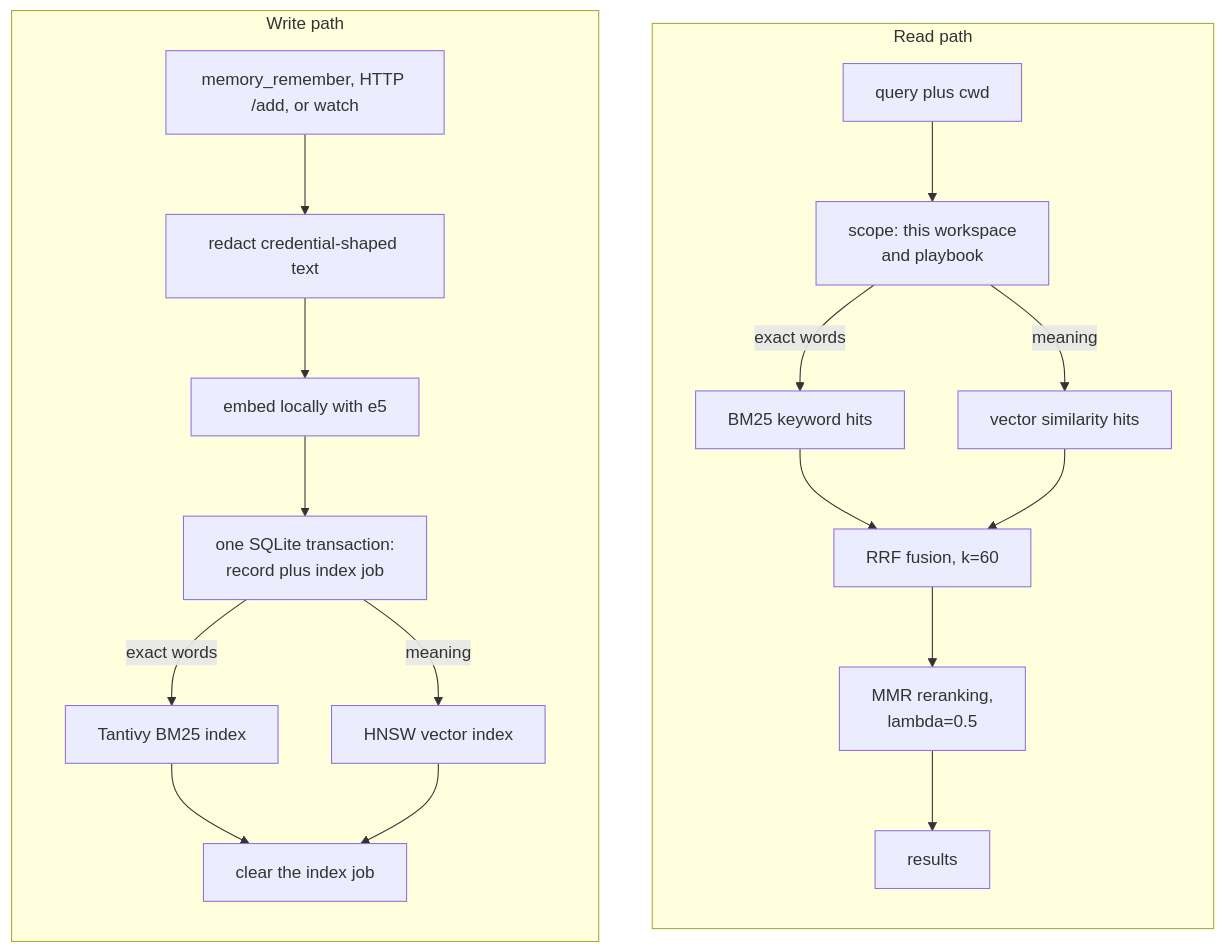
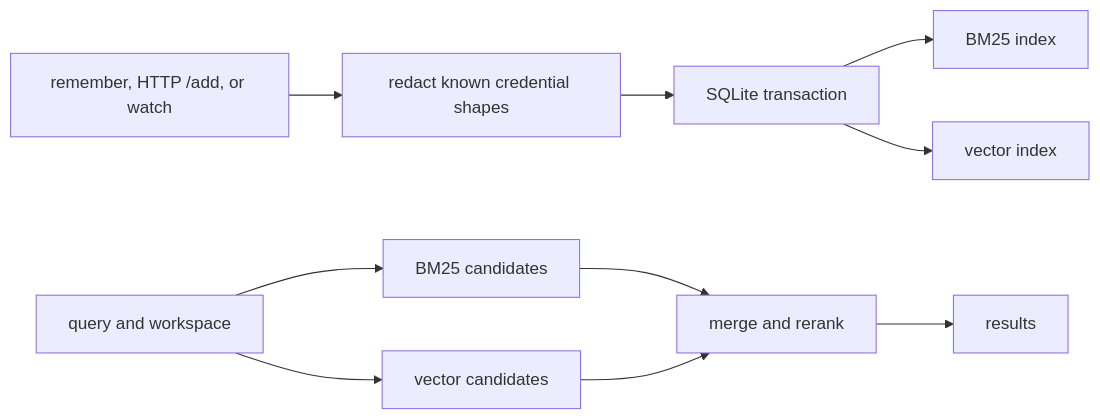
The diagram in README.md (Blue-B/memnest), drawn with Mermaid before and after one commit. The commit also changed other lines of this file and 10 other files, not shown here.

````diff
--- a/README.md
+++ b/README.md
@@ -34,24 +119,13 @@
 ```mermaid
-flowchart TD
-    subgraph read["Read path"]
-        direction TB
-        R1["query plus cwd"] --> R2["scope: this workspace<br/>and playbook"]
-        R2 -->|"exact words"| R3["BM25 keyword hits"]
-        R2 -->|"meaning"| R4["vector similarity hits"]
-        R3 --> R5["RRF fusion, k=60"]
-        R4 --> R5
-        R5 --> R6["MMR reranking,<br/>lambda=0.5"]
-        R6 --> R7["results"]
-    end
+flowchart LR
+    W1["remember, HTTP /add, or watch"] --> W2["redact known credential shapes"]
+    W2 --> W3["SQLite transaction"]
+    W3 --> W4["BM25 index"]
+    W3 --> W5["vector index"]
 
-    subgraph write["Write path"]
-        direction TB
-        W1["memory_remember, HTTP /add, or watch"] --> W2["redact credential-shaped text"]
-        W2 --> W3["embed locally with e5"]
-        W3 --> W4["one SQLite transaction:<br/>record plus index job"]
-        W4 -->|"exact words"| W5["Tantivy BM25 index"]
-        W4 -->|"meaning"| W6["HNSW vector index"]
-        W5 --> W7["clear the index job"]
-        W6 --> W7
-    end
+    R1["query and workspace"] --> R2["BM25 candidates"]
+    R1 --> R3["vector candidates"]
+    R2 --> R4["merge and rerank"]
+    R3 --> R4
+    R4 --> R5["results"]
 ```
````
